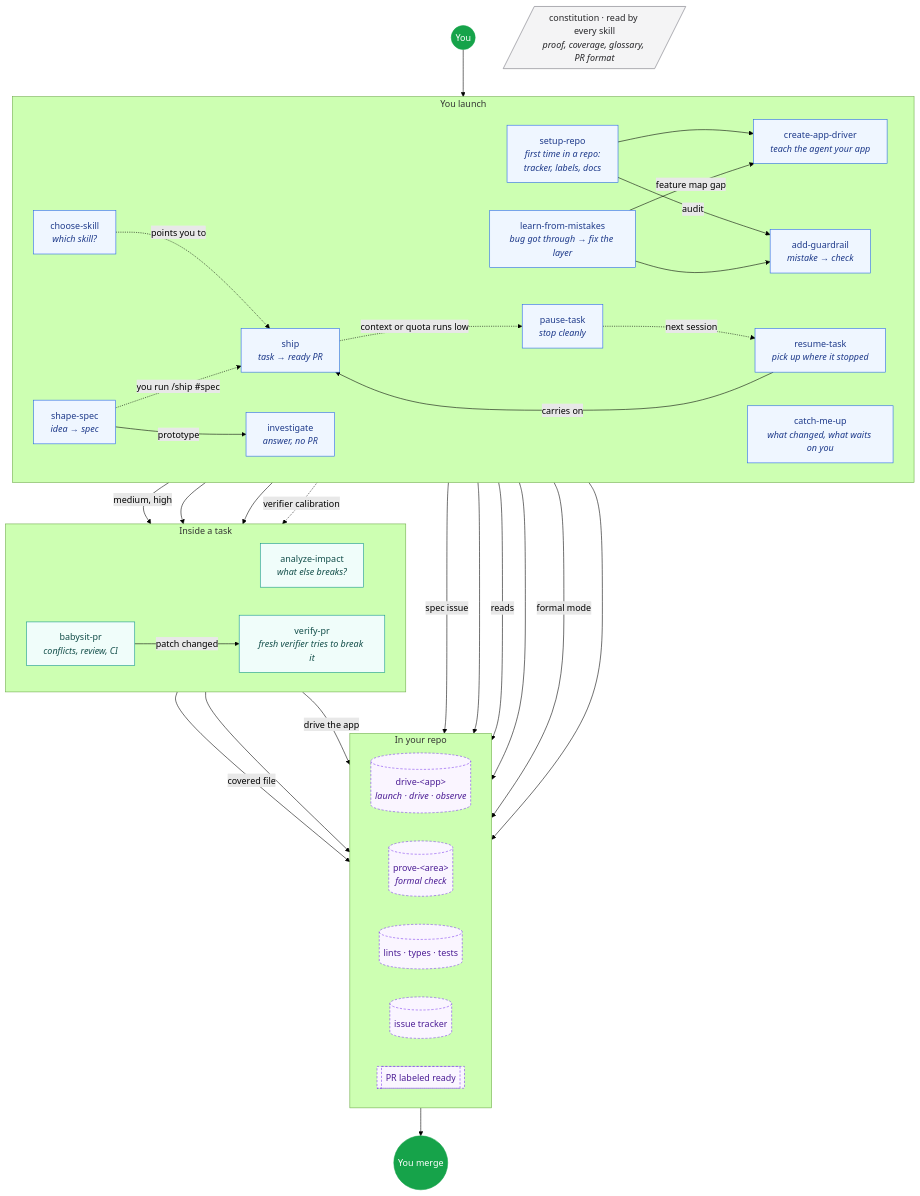
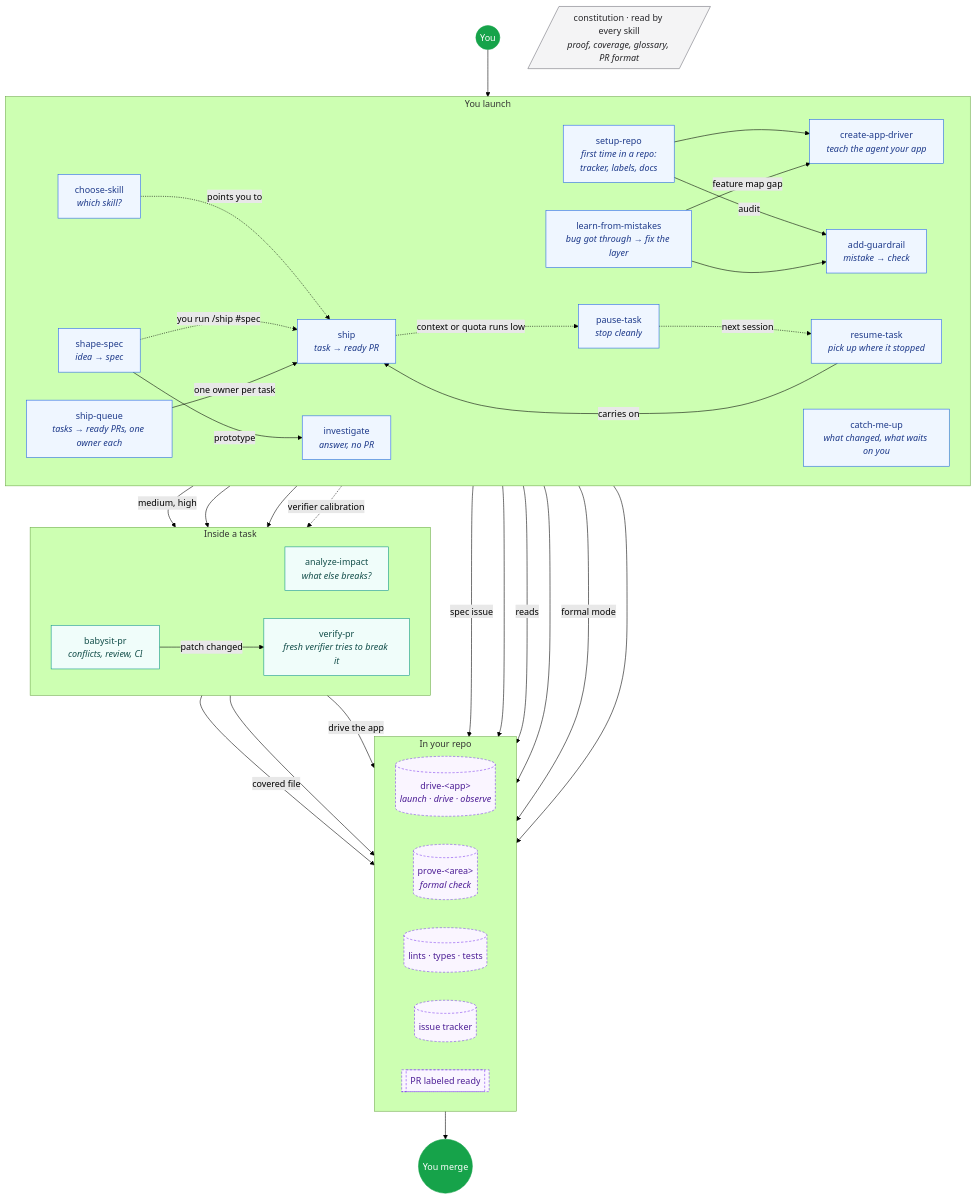
Before and after one commit to Ilian-Allaf/skillstack: the first of 2 diagrams in skills/README.md, drawn with Mermaid (forest theme). The commit also changed 9 other files, not shown here.

First line of the commit message:
Add ship-queue, the hillclimb playbook, and a model per role

````diff
--- a/skills/README.md
+++ b/skills/README.md
@@ -7,77 +7,79 @@
 ```mermaid
 flowchart TB
   you(("You"))
 
   subgraph launch ["You launch"]
     direction LR
     choose["choose-skill<br/><i>which skill?</i>"]
     setup["setup-repo<br/><i>first time in a repo:<br/>tracker, labels, docs</i>"]
     shape["shape-spec<br/><i>idea → spec</i>"]
     investigate["investigate<br/><i>answer, no PR</i>"]
     ship["ship<br/><i>task → ready PR</i>"]
+    queue["ship-queue<br/><i>tasks → ready PRs, one owner each</i>"]
     pause["pause-task<br/><i>stop cleanly</i>"]
     resume["resume-task<br/><i>pick up where it stopped</i>"]
     catchup["catch-me-up<br/><i>what changed, what waits on you</i>"]
     guard["add-guardrail<br/><i>mistake → check</i>"]
     cva["create-app-driver<br/><i>teach the agent your app</i>"]
     learn["learn-from-mistakes<br/><i>bug got through → fix the layer</i>"]
   end
 
   subgraph task ["Inside a task"]
     direction LR
     impact["analyze-impact<br/><i>what else breaks?</i>"]
     verify["verify-pr<br/><i>fresh verifier tries to break it</i>"]
     babysit["babysit-pr<br/><i>conflicts, review, CI</i>"]
   end
 
   subgraph repo ["In your repo"]
     direction LR
     drive[("drive-#lt;app#gt;<br/><i>launch · drive · observe</i>")]
     prove[("prove-#lt;area#gt;<br/><i>formal check</i>")]
     checks[("lints · types · tests")]
     tracker[("issue tracker")]
     pr[["PR labeled ready"]]
   end
 
   merge(("You merge"))
 
   constitution[/"constitution · read by every skill<br/><i>proof, coverage, glossary, PR format</i>"/]
 
   you --> launch
   choose -.->|points you to| ship
   setup --> cva
   setup -->|audit| guard
   shape -->|prototype| investigate
   shape -->|spec issue| tracker
   shape -.->|"you run /ship #spec"| ship
   ship -->|medium, high| impact
   ship --> verify
   ship --> babysit
   babysit -->|patch changed| verify
   task -->|drive the app| drive
   investigate --> drive
   impact -->|covered file| prove
   babysit --> pr
   ship -.->|context or quota runs low| pause
   pause -.->|next session| resume
   resume -->|carries on| ship
+  queue -->|one owner per task| ship
   catchup -->|reads| pr
   pr --> merge
   cva --> drive
   cva -->|formal mode| prove
   guard --> checks
   learn --> guard
   learn -->|feature map gap| cva
   learn -.->|verifier calibration| verify
 
   classDef person fill:#16a34a,stroke:#16a34a,color:#fff
   classDef entry fill:#eff6ff,stroke:#2563eb,color:#1e3a8a
   classDef inner fill:#f0fdfa,stroke:#0d9488,color:#134e4a
   classDef repoNode fill:#faf5ff,stroke:#7c3aed,color:#4c1d95,stroke-dasharray:4 3
   classDef shared fill:#f4f4f5,stroke:#71717a,color:#27272a
   class you,merge person
-  class choose,setup,shape,investigate,ship,pause,resume,catchup,guard,cva,learn entry
+  class choose,setup,shape,investigate,ship,queue,pause,resume,catchup,guard,cva,learn entry
   class impact,verify,babysit inner
   class drive,prove,checks,tracker,pr repoNode
   class constitution shared
 ```
````
